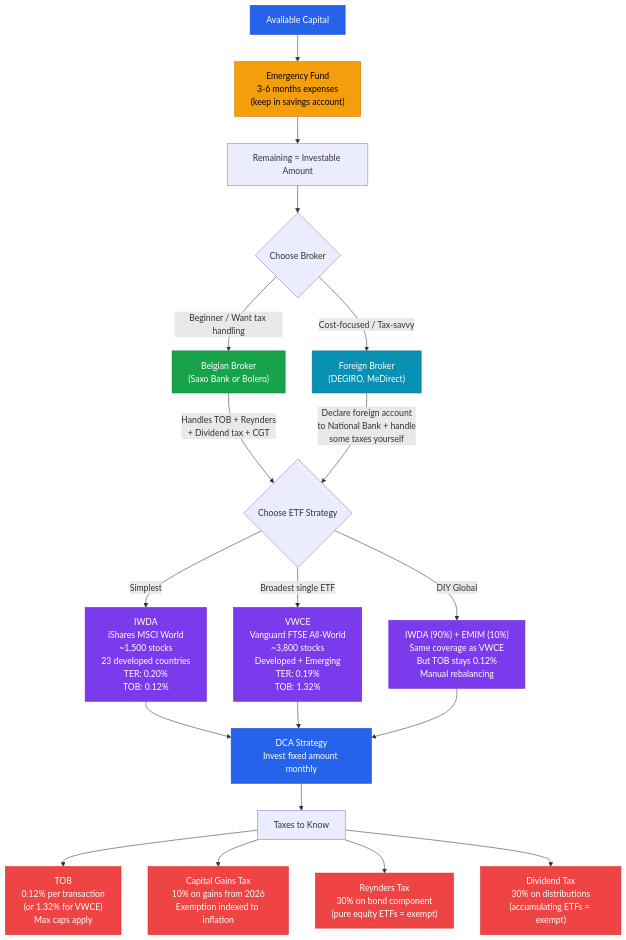
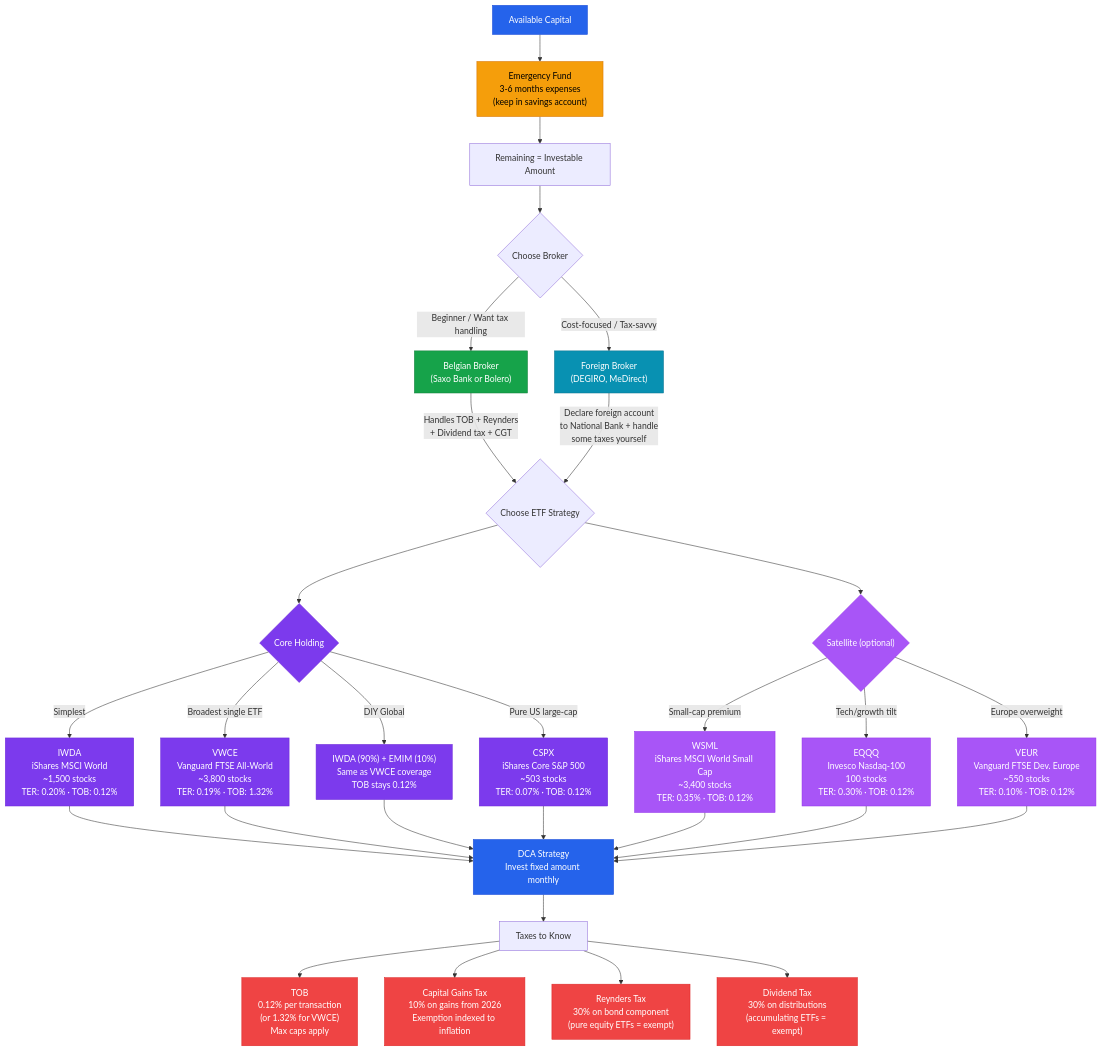
One commit to Tshebow/investment-projection changed the diagram in docs/decision-tree.md. Above: the diagram before and after it, drawn with Mermaid. The commit also changed other lines of this file and 2 other files, not shown here.

Commit message:
(docs) add extra options

````diff
--- a/docs/decision-tree.md
+++ b/docs/decision-tree.md
@@ -11,42 +11,60 @@
 ```mermaid
 flowchart TD
     START["Available Capital"] --> EMERGENCY["Emergency Fund\n3-6 months expenses\n(keep in savings account)"]
     EMERGENCY --> INVESTABLE["Remaining = Investable Amount"]
 
     INVESTABLE --> BROKER{"Choose Broker"}
     BROKER --> |"Beginner / Want tax handling"| BELGIAN["Belgian Broker\n(Saxo Bank or Bolero)"]
     BROKER --> |"Cost-focused / Tax-savvy"| FOREIGN["Foreign Broker\n(DEGIRO, MeDirect)"]
 
     BELGIAN --> |"Handles TOB + Reynders\n+ Dividend tax + CGT"| ETF_CHOICE
     FOREIGN --> |"Declare foreign account\nto National Bank + handle\nsome taxes yourself"| ETF_CHOICE
 
     ETF_CHOICE{"Choose ETF Strategy"}
-    ETF_CHOICE --> |"Simplest"| IWDA["IWDA\niShares MSCI World\n~1,500 stocks\n23 developed countries\nTER: 0.20%\nTOB: 0.12%"]
-    ETF_CHOICE --> |"Broadest single ETF"| VWCE["VWCE\nVanguard FTSE All-World\n~3,800 stocks\nDeveloped + Emerging\nTER: 0.19%\nTOB: 1.32%"]
-    ETF_CHOICE --> |"DIY Global"| COMBO["IWDA (90%) + EMIM (10%)\nSame coverage as VWCE\nBut TOB stays 0.12%\nManual rebalancing"]
+    ETF_CHOICE --> CORE{"Core Holding"}
+    ETF_CHOICE --> SATELLITE{"Satellite (optional)"}
+
+    CORE --> |"Simplest"| IWDA["IWDA\niShares MSCI World\n~1,500 stocks\nTER: 0.20% · TOB: 0.12%"]
+    CORE --> |"Broadest single ETF"| VWCE["VWCE\nVanguard FTSE All-World\n~3,800 stocks\nTER: 0.19% · TOB: 1.32%"]
+    CORE --> |"DIY Global"| COMBO["IWDA (90%) + EMIM (10%)\nSame as VWCE coverage\nTOB stays 0.12%"]
+    CORE --> |"Pure US large-cap"| CSPX["CSPX\niShares Core S&P 500\n~503 stocks\nTER: 0.07% · TOB: 0.12%"]
+
+    SATELLITE --> |"Small-cap premium"| WSML["WSML\niShares MSCI World Small Cap\n~3,400 stocks\nTER: 0.35% · TOB: 0.12%"]
+    SATELLITE --> |"Tech/growth tilt"| EQQQ["EQQQ\nInvesco Nasdaq-100\n100 stocks\nTER: 0.30% · TOB: 0.12%"]
+    SATELLITE --> |"Europe overweight"| VEUR["VEUR\nVanguard FTSE Dev. Europe\n~550 stocks\nTER: 0.10% · TOB: 0.12%"]
 
     IWDA --> DCA
     VWCE --> DCA
     COMBO --> DCA
+    CSPX --> DCA
+    WSML --> DCA
+    EQQQ --> DCA
+    VEUR --> DCA
 
     DCA["DCA Strategy\nInvest fixed amount monthly"]
 
     DCA --> TAXES["Taxes to Know"]
     TAXES --> TOB["TOB\n0.12% per transaction\n(or 1.32% for VWCE)\nMax caps apply"]
     TAXES --> CGT["Capital Gains Tax\n10% on gains from 2026\nExemption indexed to inflation"]
     TAXES --> REYNDERS["Reynders Tax\n30% on bond component\n(pure equity ETFs = exempt)"]
     TAXES --> DIVIDEND["Dividend Tax\n30% on distributions\n(accumulating ETFs = exempt)"]
 
     style START fill:#2563eb,color:#fff,stroke:#1d4ed8
     style EMERGENCY fill:#f59e0b,color:#000,stroke:#d97706
     style BELGIAN fill:#16a34a,color:#fff,stroke:#15803d
     style FOREIGN fill:#0891b2,color:#fff,stroke:#0e7490
+    style CORE fill:#7c3aed,color:#fff,stroke:#6d28d9
+    style SATELLITE fill:#a855f7,color:#fff,stroke:#9333ea
     style IWDA fill:#7c3aed,color:#fff,stroke:#6d28d9
     style VWCE fill:#7c3aed,color:#fff,stroke:#6d28d9
     style COMBO fill:#7c3aed,color:#fff,stroke:#6d28d9
+    style CSPX fill:#7c3aed,color:#fff,stroke:#6d28d9
+    style WSML fill:#a855f7,color:#fff,stroke:#9333ea
+    style EQQQ fill:#a855f7,color:#fff,stroke:#9333ea
+    style VEUR fill:#a855f7,color:#fff,stroke:#9333ea
     style DCA fill:#2563eb,color:#fff,stroke:#1d4ed8
     style TOB fill:#ef4444,color:#fff,stroke:#dc2626
     style CGT fill:#ef4444,color:#fff,stroke:#dc2626
     style REYNDERS fill:#ef4444,color:#fff,stroke:#dc2626
     style DIVIDEND fill:#ef4444,color:#fff,stroke:#dc2626
 ```
````
